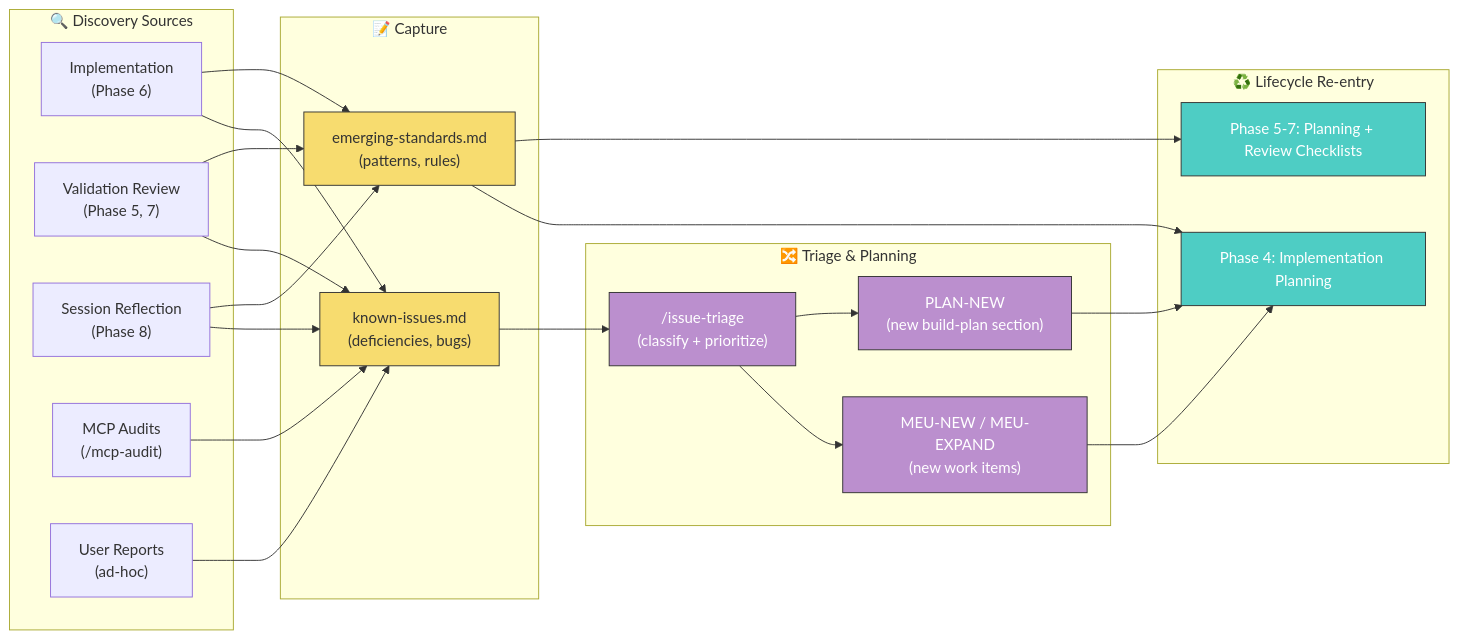
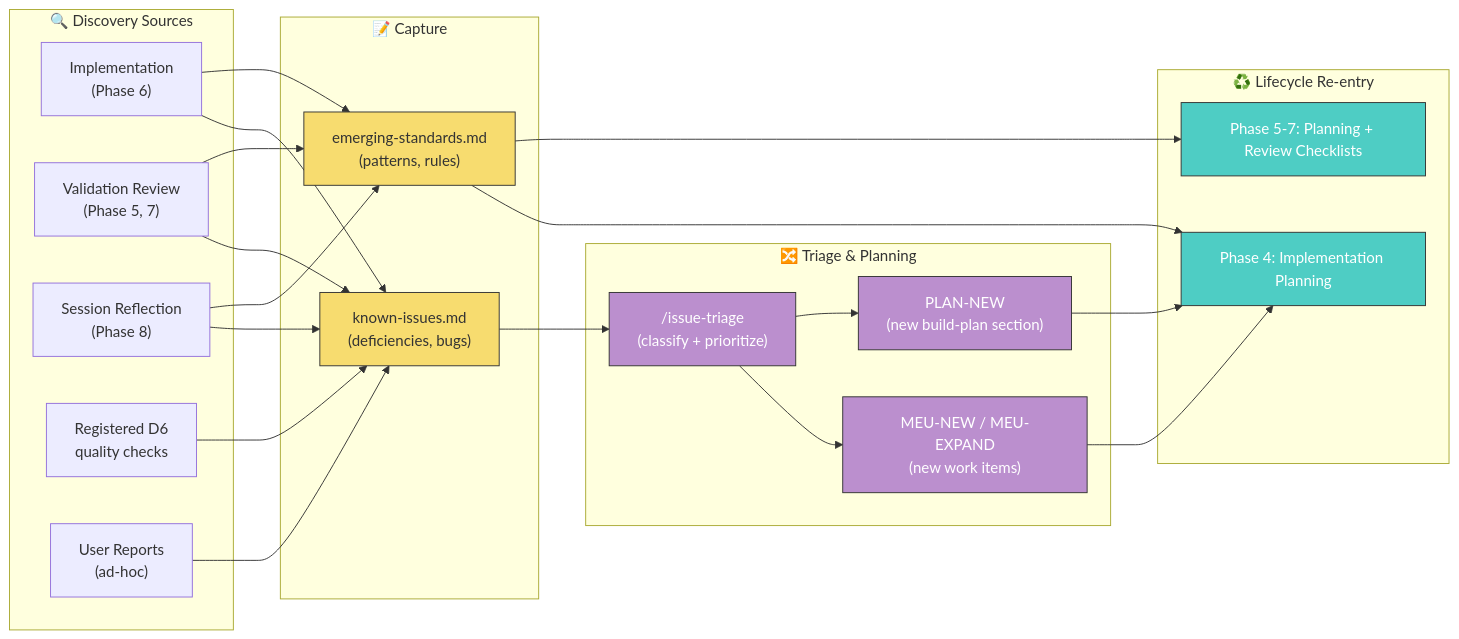
One commit to matbanik/agentic-framework changed the third of 3 diagrams in core/.agent/docs/development-lifecycle.md. Above: the diagram before and after it, drawn with Mermaid. The commit also changed other lines of this file and 72 other files, not shown here.

````diff
--- a/core/.agent/docs/development-lifecycle.md
+++ b/core/.agent/docs/development-lifecycle.md
@@ -594,42 +594,42 @@
 ```mermaid
 flowchart LR
     subgraph Discovery["🔍 Discovery Sources"]
         D1["Implementation<br/>(Phase 6)"]
         D2["Validation Review<br/>(Phase 5, 7)"]
         D3["Session Reflection<br/>(Phase 8)"]
-        D4["MCP Audits<br/>(/mcp-audit)"]
+        D4["Registered D6<br/>quality checks"]
         D5["User Reports<br/>(ad-hoc)"]
     end
 
     subgraph Capture["📝 Capture"]
         K1["known-issues.md<br/>(deficiencies, bugs)"]
         E1["emerging-standards.md<br/>(patterns, rules)"]
     end
 
     subgraph Triage["🔀 Triage & Planning"]
         T1["/issue-triage<br/>(classify + prioritize)"]
         T2["MEU-NEW / MEU-EXPAND<br/>(new work items)"]
         T3["PLAN-NEW<br/>(new build-plan section)"]
     end
 
     subgraph Reentry["♻️ Lifecycle Re-entry"]
         R2["Phase 4: Implementation Planning"]
         R3["Phase 5-7: Planning + Review Checklists"]
     end
 
     D1 & D2 & D3 & D4 & D5 --> K1
     D1 & D2 & D3 --> E1
     K1 --> T1
     T1 --> T2 & T3
     T2 --> R2
     T3 --> R2
     E1 --> R2
     E1 --> R3
 
     classDef capture fill:#f7dc6f,stroke:#333,color:#333
     classDef triage fill:#bb8fce,stroke:#333,color:#fff
     classDef reentry fill:#4ecdc4,stroke:#333,color:#fff
     class K1,E1 capture
     class T1,T2,T3 triage
     class R1,R2,R3 reentry
 ```
````
